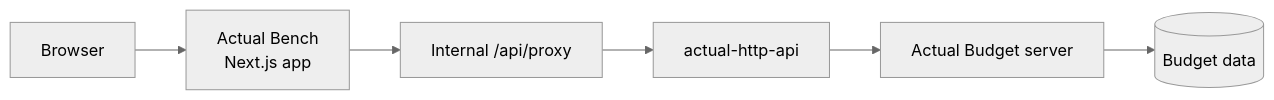
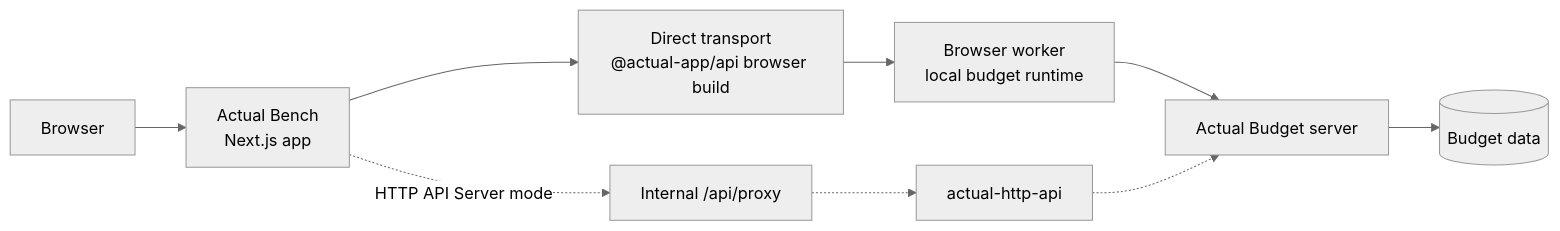
Before and after one commit to x-rous/actual-bench: the diagram in README.md, drawn with Mermaid (neutral theme). The commit also changed other lines of this file and 102 other files, not shown here.

First line of the commit message:
PR-017: Direct Browser API Transport (#148)

````diff
--- a/README.md
+++ b/README.md
@@ -162,15 +162,20 @@
 ```mermaid
 flowchart LR
   Browser[Browser]
   App["Actual Bench<br/>Next.js app"]
-  Proxy[Internal /api/proxy]
+  Direct["Direct transport<br/>@actual-app/api browser build"]
+  Worker["Browser worker<br/>local budget runtime"]
+  Proxy["Internal /api/proxy"]
   API[actual-http-api]
   Actual[Actual Budget server]
   Budget[(Budget data)]
 
   Browser --> App
-  App --> Proxy
-  Proxy --> API
-  API --> Actual
+  App --> Direct
+  Direct --> Worker
+  Worker --> Actual
+  App -. HTTP API Server mode .-> Proxy
+  Proxy -.-> API
+  API -.-> Actual
   Actual --> Budget
 ```
````
